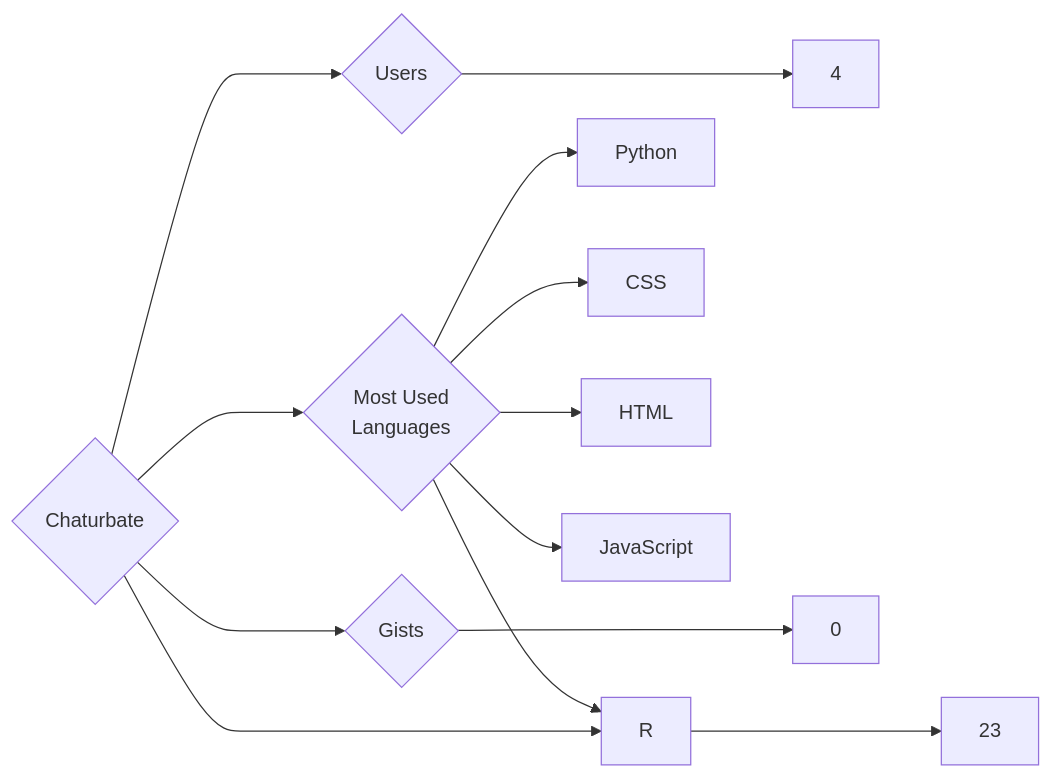
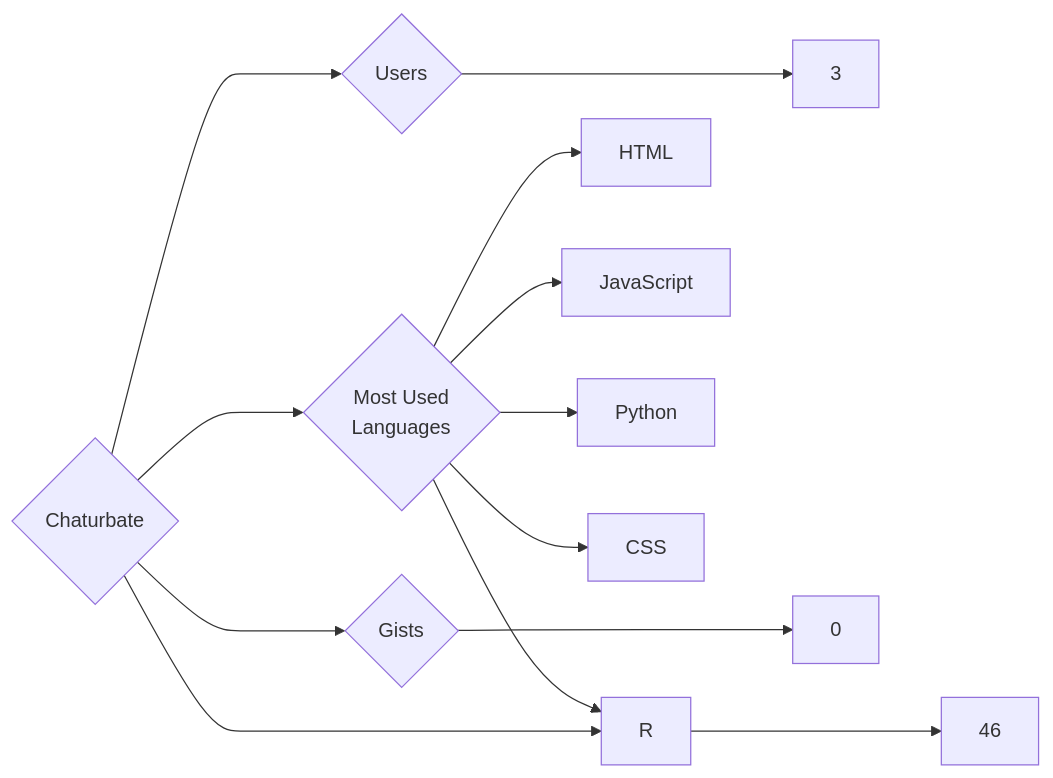
The diagram in targets/Chaturbate/README.md (trickest/insiders), drawn with Mermaid before and after one commit. The commit also changed 953 other files, not shown here.

````diff
--- a/targets/Chaturbate/README.md
+++ b/targets/Chaturbate/README.md
@@ -3,13 +3,13 @@
 ```mermaid
 graph LR
 COMPANY_NAME{Chaturbate}
-COMPANY_NAME ---> U{Users} ---> UN[4]
-COMPANY_NAME ---> R{Repositories} ---> RN[23]
+COMPANY_NAME ---> U{Users} ---> UN[3]
+COMPANY_NAME ---> R{Repositories} ---> RN[46]
 COMPANY_NAME ---> G{Gists} ---> GN[0]
 COMPANY_NAME ---> ML{Most Used<br>Languages}
+ML --> HTML[HTML]
+ML --> JavaScript[JavaScript]
 ML --> Python[Python]
 ML --> CSS[CSS]
 ML --> R[R]
-ML --> HTML[HTML]
-ML --> JavaScript[JavaScript]
 ```
````
